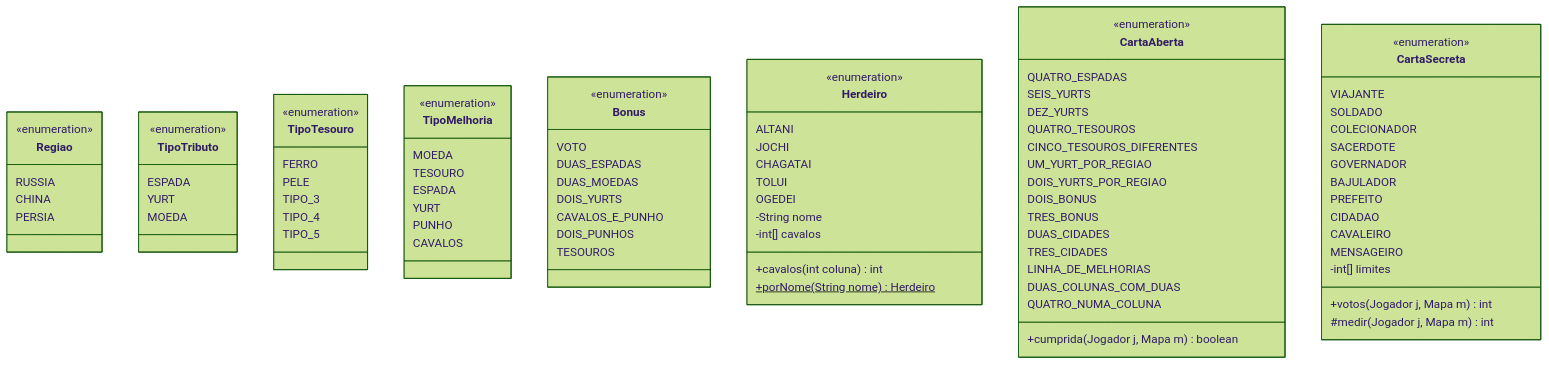
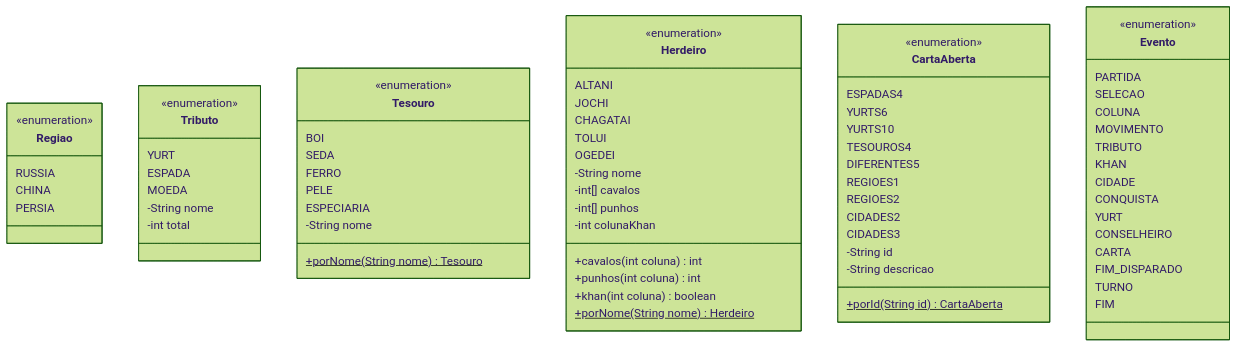
One commit to LucasSouzaMM/Herdeiros_do_khan_POO changed the third of 3 diagrams in docs/diagrama.md. Above: the diagram before and after it, drawn with Mermaid (forest theme). The commit also changed other lines of this file and 69 other files, not shown here.

````diff
--- a/docs/diagrama.md
+++ b/docs/diagrama.md
@@ -226,38 +357,23 @@
         CHINA
         PERSIA
     }
-    class TipoTributo {
+    class Tributo {
         <<enumeration>>
+        YURT
         ESPADA
-        YURT
         MOEDA
+        -String nome
+        -int total
     }
-    class TipoTesouro {
+    class Tesouro {
         <<enumeration>>
+        BOI
+        SEDA
         FERRO
         PELE
-        TIPO_3
-        TIPO_4
-        TIPO_5
-    }
-    class TipoMelhoria {
-        <<enumeration>>
-        MOEDA
-        TESOURO
-        ESPADA
-        YURT
-        PUNHO
-        CAVALOS
-    }
-    class Bonus {
-        <<enumeration>>
-        VOTO
-        DUAS_ESPADAS
-        DUAS_MOEDAS
-        DOIS_YURTS
-        CAVALOS_E_PUNHO
-        DOIS_PUNHOS
-        TESOUROS
+        ESPECIARIA
+        -String nome
+        +porNome(String nome)$ Tesouro
     }
     class Herdeiro {
         <<enumeration>>
@@ -268,41 +384,43 @@
         OGEDEI
         -String nome
         -int[] cavalos
+        -int[] punhos
+        -int colunaKhan
         +cavalos(int coluna) int
+        +punhos(int coluna) int
+        +khan(int coluna) boolean
         +porNome(String nome)$ Herdeiro
     }
     class CartaAberta {
         <<enumeration>>
-        QUATRO_ESPADAS
-        SEIS_YURTS
-        DEZ_YURTS
-        QUATRO_TESOUROS
-        CINCO_TESOUROS_DIFERENTES
-        UM_YURT_POR_REGIAO
-        DOIS_YURTS_POR_REGIAO
-        DOIS_BONUS
-        TRES_BONUS
-        DUAS_CIDADES
-        TRES_CIDADES
-        LINHA_DE_MELHORIAS
-        DUAS_COLUNAS_COM_DUAS
-        QUATRO_NUMA_COLUNA
-        +cumprida(Jogador j, Mapa m) boolean
+        ESPADAS4
+        YURTS6
+        YURTS10
+        TESOUROS4
+        DIFERENTES5
+        REGIOES1
+        REGIOES2
+        CIDADES2
+        CIDADES3
+        -String id
+        -String descricao
+        +porId(String id)$ CartaAberta
     }
-    class CartaSecreta {
+    class Evento {
         <<enumeration>>
-        VIAJANTE
-        SOLDADO
-        COLECIONADOR
-        SACERDOTE
-        GOVERNADOR
-        BAJULADOR
-        PREFEITO
-        CIDADAO
-        CAVALEIRO
-        MENSAGEIRO
-        -int[] limites
-        +votos(Jogador j, Mapa m) int
-        #medir(Jogador j, Mapa m) int
+        PARTIDA
+        SELECAO
+        COLUNA
+        MOVIMENTO
+        TRIBUTO
+        KHAN
+        CIDADE
+        CONQUISTA
+        YURT
+        CONSELHEIRO
+        CARTA
+        FIM_DISPARADO
+        TURNO
+        FIM
     }
 ```
````
